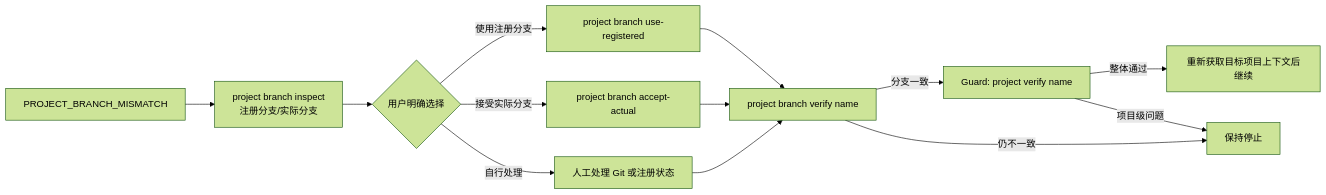
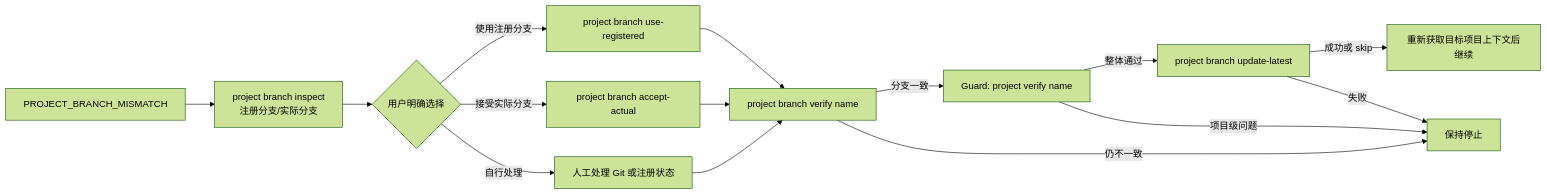
One commit to icebearx-ai/code-workspace changed the third of 3 diagrams in docs/code-workspace-flow.zh-CN.md. Above: the diagram before and after it, drawn with Mermaid (forest theme). The commit also changed other lines of this file and 22 other files, not shown here.

````diff
--- a/docs/code-workspace-flow.zh-CN.md
+++ b/docs/code-workspace-flow.zh-CN.md
@@ -62,15 +62,17 @@
 ```mermaid
 flowchart LR
     M[PROJECT_BRANCH_MISMATCH] --> I[project branch inspect<br/>注册分支/实际分支]
     I --> C{用户明确选择}
     C -->|使用注册分支| USE[project branch use-registered]
     C -->|接受实际分支| ACCEPT[project branch accept-actual]
     C -->|自行处理| MANUAL[人工处理 Git 或注册状态]
     USE --> BV[project branch verify name]
     ACCEPT --> BV
     MANUAL --> BV
     BV -->|分支一致| V[Guard: project verify name]
     BV -->|仍不一致| STOP[保持停止]
-    V -->|整体通过| CONTINUE[重新获取目标项目上下文后继续]
+    V -->|整体通过| U[project branch update-latest]
+    U -->|成功或 skip| CONTINUE[重新获取目标项目上下文后继续]
+    U -->|失败| STOP
     V -->|项目级问题| STOP
 ```
````
